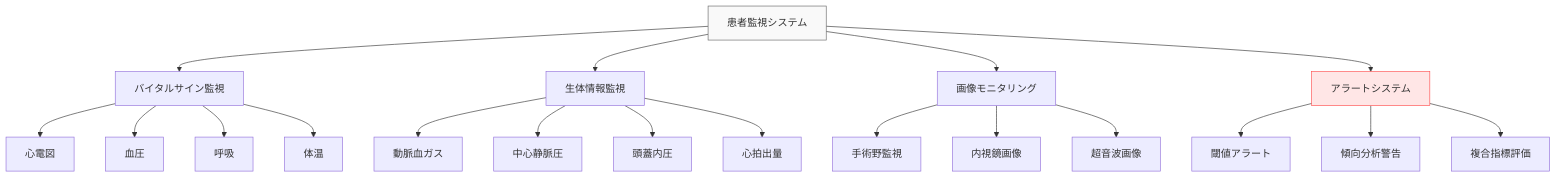
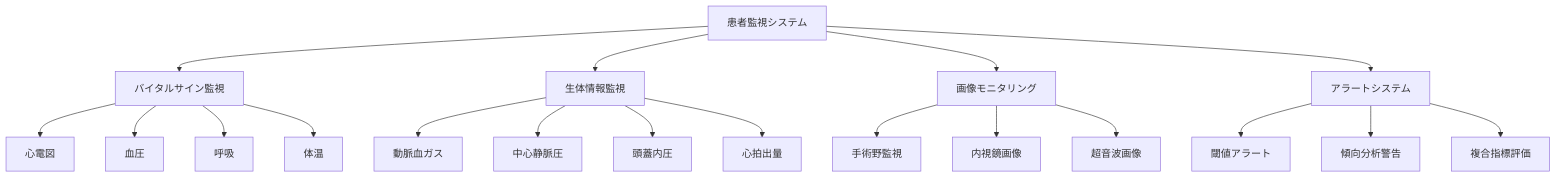
Before and after one commit to shuji-bonji/Situational-Awareness-and-Decision-Making: the fourth of 7 diagrams in docs/applications/medical-sa.md, drawn with Mermaid. The commit also changed other lines of this file and 49 other files, not shown here.

Commit message:
fix: ダークモードで見づらい図の色の変更

````diff
--- a/docs/applications/medical-sa.md
+++ b/docs/applications/medical-sa.md
@@ -260,28 +260,28 @@
 ```mermaid
 graph TD
     A[患者監視システム] --> B[バイタルサイン監視]
     A --> C[生体情報監視]
     A --> D[画像モニタリング]
     A --> E[アラートシステム]
     
     B --> B1[心電図]
     B --> B2[血圧]
     B --> B3[呼吸]
     B --> B4[体温]
     
     C --> C1[動脈血ガス]
     C --> C2[中心静脈圧]
     C --> C3[頭蓋内圧]
     C --> C4[心拍出量]
     
     D --> D1[手術野監視]
     D --> D2[内視鏡画像]
     D --> D3[超音波画像]
     
     E --> E1[閾値アラート]
     E --> E2[傾向分析警告]
     E --> E3[複合指標評価]
     
-    style A fill:#f9f9f9,stroke:#666
-    style E fill:#ffe6e6,stroke:#ff4d4d
+
+
 ```
````
